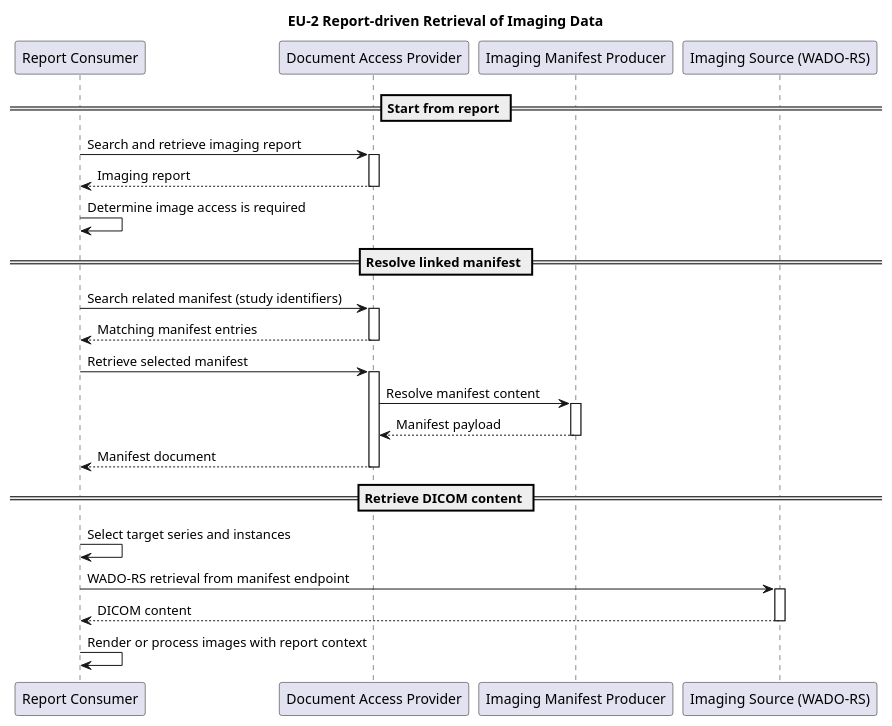
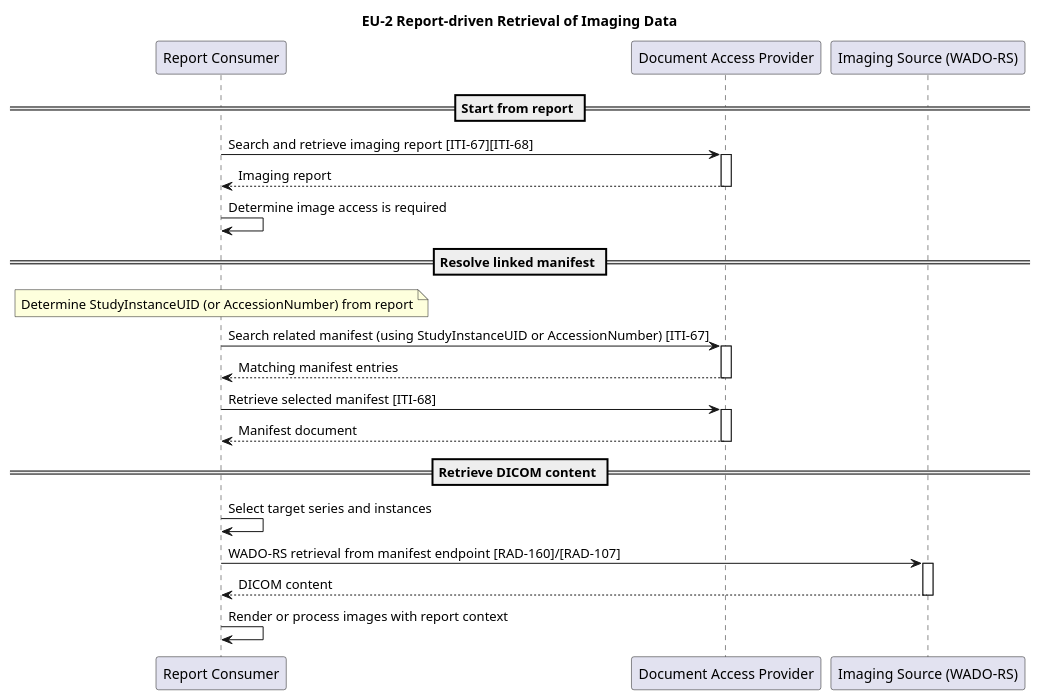
The diagram in input/images-source/mado-volume1-eu2-report-driven-retrieval.plantuml (hl7-eu/imaging-manifest), drawn with PlantUML before and after one commit. The commit also changed 4 other files, not shown here.

```diff
--- a/input/images-source/mado-volume1-eu2-report-driven-retrieval.plantuml
+++ b/input/images-source/mado-volume1-eu2-report-driven-retrieval.plantuml
@@ -1,28 +1,26 @@
 @startuml
     title EU-2 Report-driven Retrieval of Imaging Data
 
     participant "Report Consumer" as Consumer
     participant "Document Access Provider" as DocProvider
-    participant "Imaging Manifest Producer" as Producer
     participant "Imaging Source (WADO-RS)" as Wado
 
     == Start from report ==
-    Consumer -> DocProvider ++: Search and retrieve imaging report
+    Consumer -> DocProvider ++: Search and retrieve imaging report [ITI-67][ITI-68]
     DocProvider --> Consumer --: Imaging report
     Consumer -> Consumer: Determine image access is required
 
     == Resolve linked manifest ==
-    Consumer -> DocProvider ++: Search related manifest (study identifiers)
+    note over Consumer: Determine StudyInstanceUID (or AccessionNumber) from report
+    Consumer -> DocProvider ++: Search related manifest (using StudyInstanceUID or AccessionNumber) [ITI-67]
     DocProvider --> Consumer --: Matching manifest entries
-    Consumer -> DocProvider ++: Retrieve selected manifest
-    DocProvider -> Producer ++: Resolve manifest content
-    Producer --> DocProvider --: Manifest payload
+    Consumer -> DocProvider ++: Retrieve selected manifest [ITI-68]
     DocProvider --> Consumer --: Manifest document
 
     == Retrieve DICOM content ==
     Consumer -> Consumer: Select target series and instances
-    Consumer -> Wado ++: WADO-RS retrieval from manifest endpoint
+    Consumer -> Wado ++: WADO-RS retrieval from manifest endpoint [RAD-160]/[RAD-107]
     Wado --> Consumer --: DICOM content
     Consumer -> Consumer: Render or process images with report context
 
 @enduml
```
